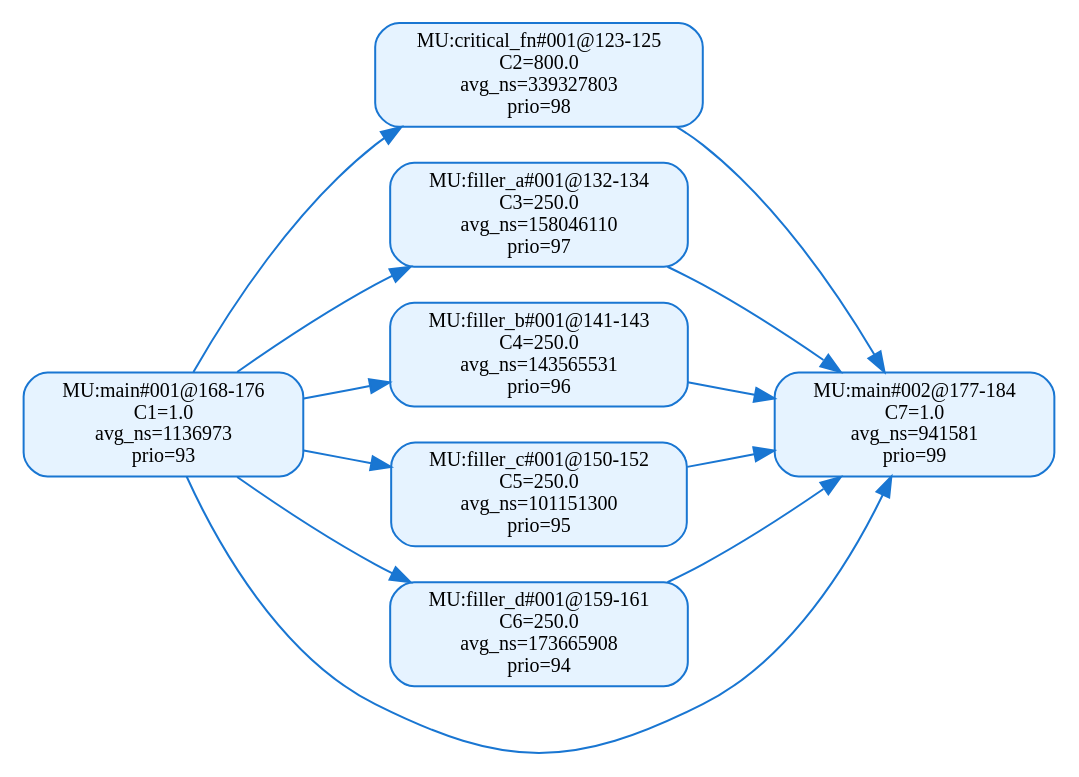
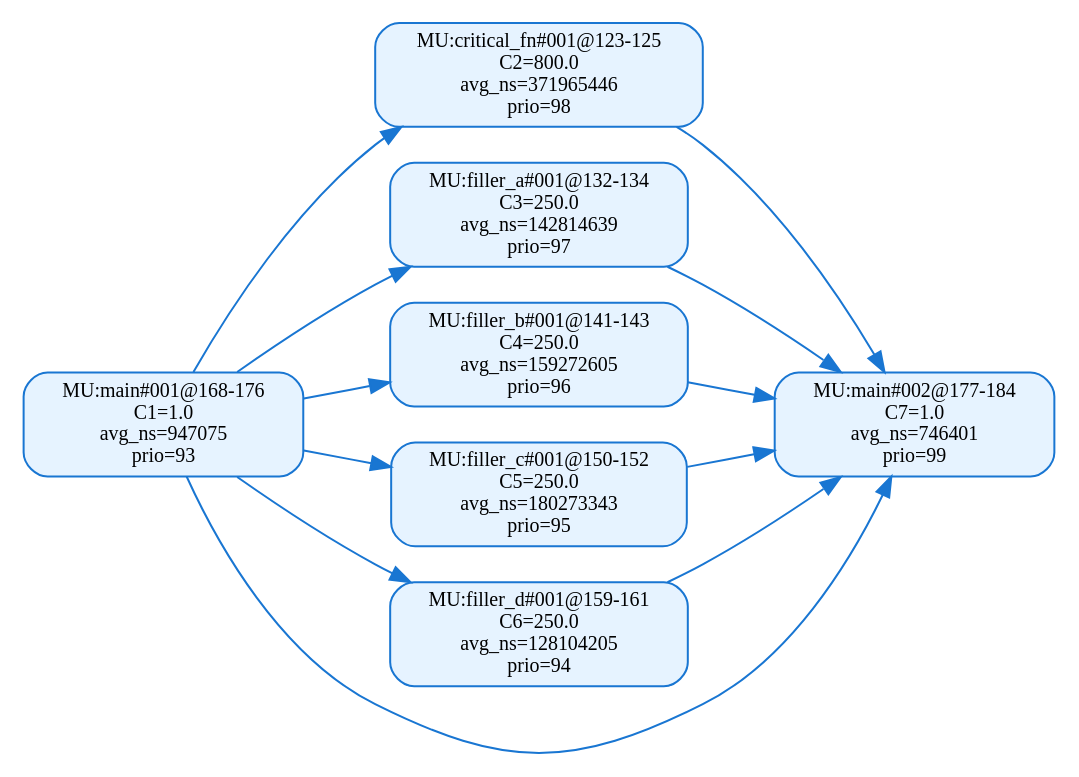
One commit to RTS-SYSU/DAG-Gen changed the diagram in 中间结果/zhang7/pipeline/validation/level2/effective_line_merge/t_level/dag_seg_annotated_value.dot. Above: the diagram before and after it, drawn with Graphviz. The commit also changed 6291 other files, not shown here.

```diff
--- a/中间结果/zhang7/pipeline/validation/level2/effective_line_merge/t_level/dag_seg_annotated_value.dot
+++ b/中间结果/zhang7/pipeline/validation/level2/effective_line_merge/t_level/dag_seg_annotated_value.dot
@@ -1,23 +1,23 @@
 digraph dag_seg_annotated_value {
   rankdir=LR;
   node [shape=box, style="rounded,filled", fillcolor="#E6F3FF", color="#1976D2", fontsize=10];
   edge [color="#1976D2"];
-  "MU:critical_fn#001@123-125" [label="MU:critical_fn#001@123-125\nC2=800.0\navg_ns=339327803\nprio=98"];
-  "MU:filler_a#001@132-134" [label="MU:filler_a#001@132-134\nC3=250.0\navg_ns=158046110\nprio=97"];
-  "MU:filler_b#001@141-143" [label="MU:filler_b#001@141-143\nC4=250.0\navg_ns=143565531\nprio=96"];
-  "MU:filler_c#001@150-152" [label="MU:filler_c#001@150-152\nC5=250.0\navg_ns=101151300\nprio=95"];
-  "MU:filler_d#001@159-161" [label="MU:filler_d#001@159-161\nC6=250.0\navg_ns=173665908\nprio=94"];
-  "MU:main#001@168-176" [label="MU:main#001@168-176\nC1=1.0\navg_ns=1136973\nprio=93"];
-  "MU:main#002@177-184" [label="MU:main#002@177-184\nC7=1.0\navg_ns=941581\nprio=99"];
+  "MU:critical_fn#001@123-125" [label="MU:critical_fn#001@123-125\nC2=800.0\navg_ns=371965446\nprio=98"];
+  "MU:filler_a#001@132-134" [label="MU:filler_a#001@132-134\nC3=250.0\navg_ns=142814639\nprio=97"];
+  "MU:filler_b#001@141-143" [label="MU:filler_b#001@141-143\nC4=250.0\navg_ns=159272605\nprio=96"];
+  "MU:filler_c#001@150-152" [label="MU:filler_c#001@150-152\nC5=250.0\navg_ns=180273343\nprio=95"];
+  "MU:filler_d#001@159-161" [label="MU:filler_d#001@159-161\nC6=250.0\navg_ns=128104205\nprio=94"];
+  "MU:main#001@168-176" [label="MU:main#001@168-176\nC1=1.0\navg_ns=947075\nprio=93"];
+  "MU:main#002@177-184" [label="MU:main#002@177-184\nC7=1.0\navg_ns=746401\nprio=99"];
   "MU:main#001@168-176" -> "MU:main#002@177-184";
   "MU:main#001@168-176" -> "MU:filler_a#001@132-134";
   "MU:main#001@168-176" -> "MU:filler_b#001@141-143";
   "MU:main#001@168-176" -> "MU:filler_c#001@150-152";
   "MU:main#001@168-176" -> "MU:filler_d#001@159-161";
   "MU:main#001@168-176" -> "MU:critical_fn#001@123-125";
   "MU:critical_fn#001@123-125" -> "MU:main#002@177-184";
   "MU:filler_a#001@132-134" -> "MU:main#002@177-184";
   "MU:filler_b#001@141-143" -> "MU:main#002@177-184";
   "MU:filler_c#001@150-152" -> "MU:main#002@177-184";
   "MU:filler_d#001@159-161" -> "MU:main#002@177-184";
 }
```
